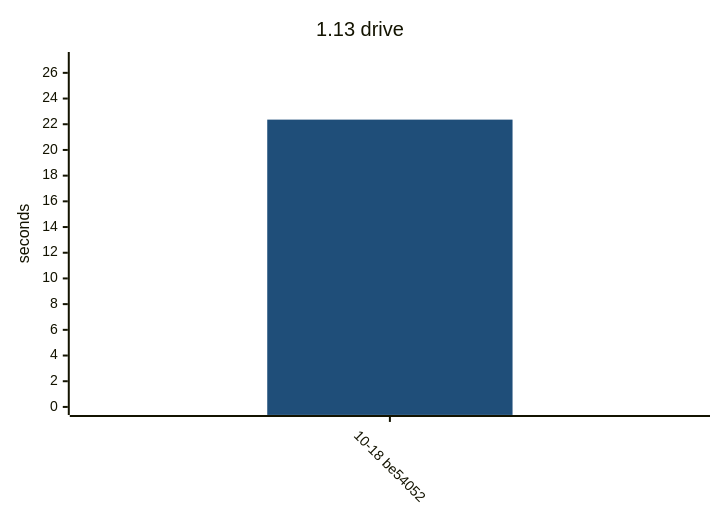
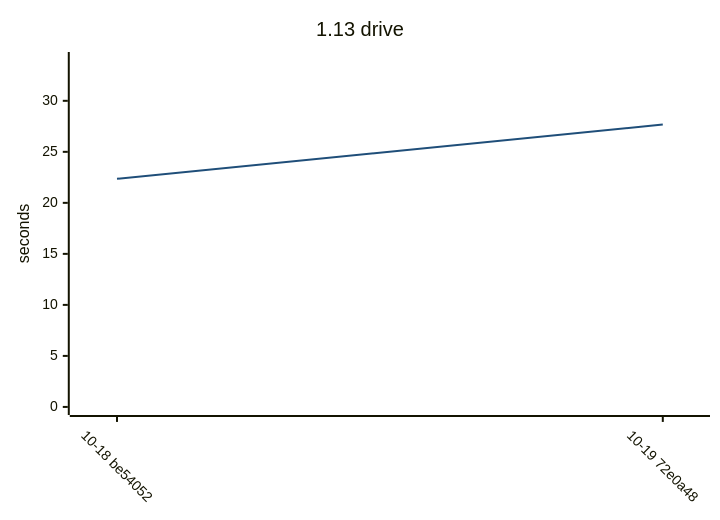
The fourth of 12 diagrams in README.md (yamanori99/DistSSHKit.jl), drawn with Mermaid before and after one commit. The commit also changed other lines of this file and 1 other file, not shown here.

````diff
--- a/README.md
+++ b/README.md
@@ -120,17 +120,17 @@
 ```mermaid
 ---
 config:
   theme: base
   themeVariables:
     xyChart:
       plotColorPalette: "#1f4e79"
   xyChart:
     xAxis:
       labelRotation: 45
 ---
 xychart-beta
     title "1.13 drive"
-    x-axis ["10-18 be54052"]
-    y-axis "seconds" 0 --> 27
-    bar [22.36]
+    x-axis ["10-18 be54052", "10-19 72e0a48"]
+    y-axis "seconds" 0 --> 34
+    line [22.36, 27.68]
 ```
````
